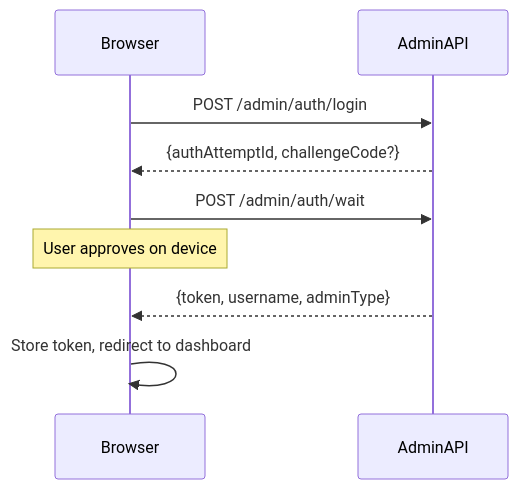
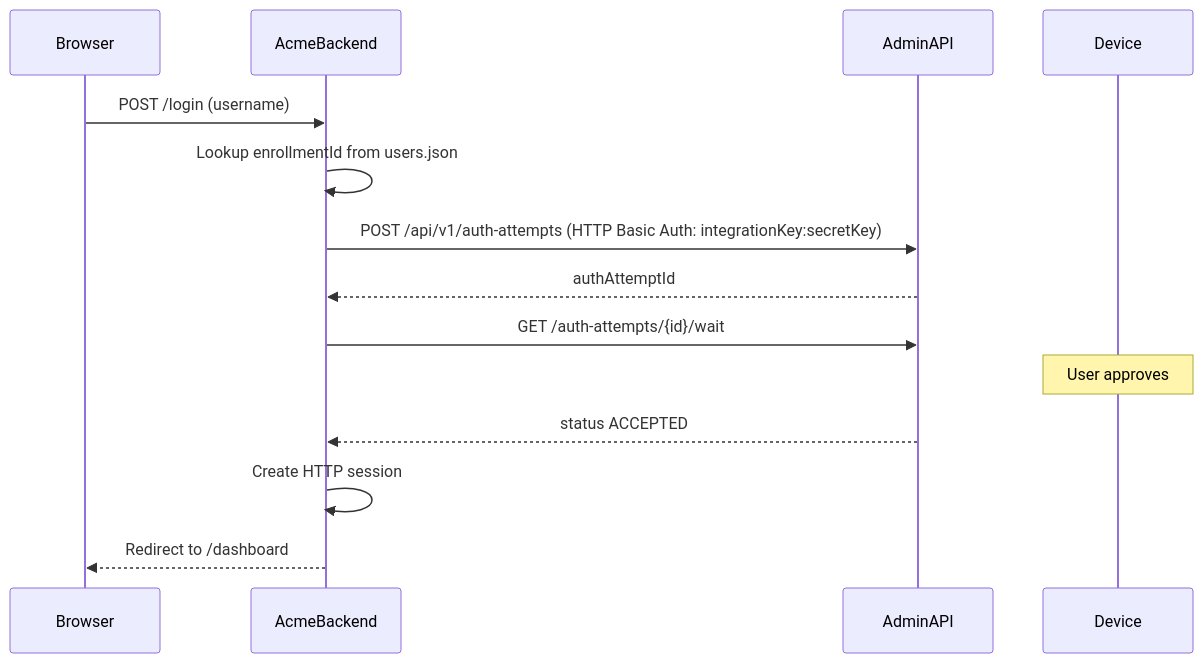
Before and after one commit to mgagp/ezkey: the diagram in ezkey-demo-app-acme/README.md, drawn with Mermaid. The commit also changed other lines of this file and 24 other files, not shown here.

First line of the commit message:
feat(demo-app-acme): enhance demo application with backend authentication and user mapping

````diff
--- a/ezkey-demo-app-acme/README.md
+++ b/ezkey-demo-app-acme/README.md
@@ -33,9 +42,17 @@
 ```mermaid
 sequenceDiagram
-    Browser->>AdminAPI: POST /admin/auth/login
-    AdminAPI-->>Browser: {authAttemptId, challengeCode?}
-    Browser->>AdminAPI: POST /admin/auth/wait
-    Note over Browser: User approves on device
-    AdminAPI-->>Browser: {token, username, adminType}
-    Browser->>Browser: Store token, redirect to dashboard
+    participant Browser
+    participant AcmeBackend
+    participant AdminAPI
+    participant Device
+
+    Browser->>AcmeBackend: POST /login (username)
+    AcmeBackend->>AcmeBackend: Lookup enrollmentId from users.json
+    AcmeBackend->>AdminAPI: POST /api/v1/auth-attempts (HTTP Basic Auth: integrationKey:secretKey)
+    AdminAPI-->>AcmeBackend: authAttemptId
+    AcmeBackend->>AdminAPI: GET /auth-attempts/{id}/wait
+    Note over Device: User approves
+    AdminAPI-->>AcmeBackend: status ACCEPTED
+    AcmeBackend->>AcmeBackend: Create HTTP session
+    AcmeBackend-->>Browser: Redirect to /dashboard
 ```
````
